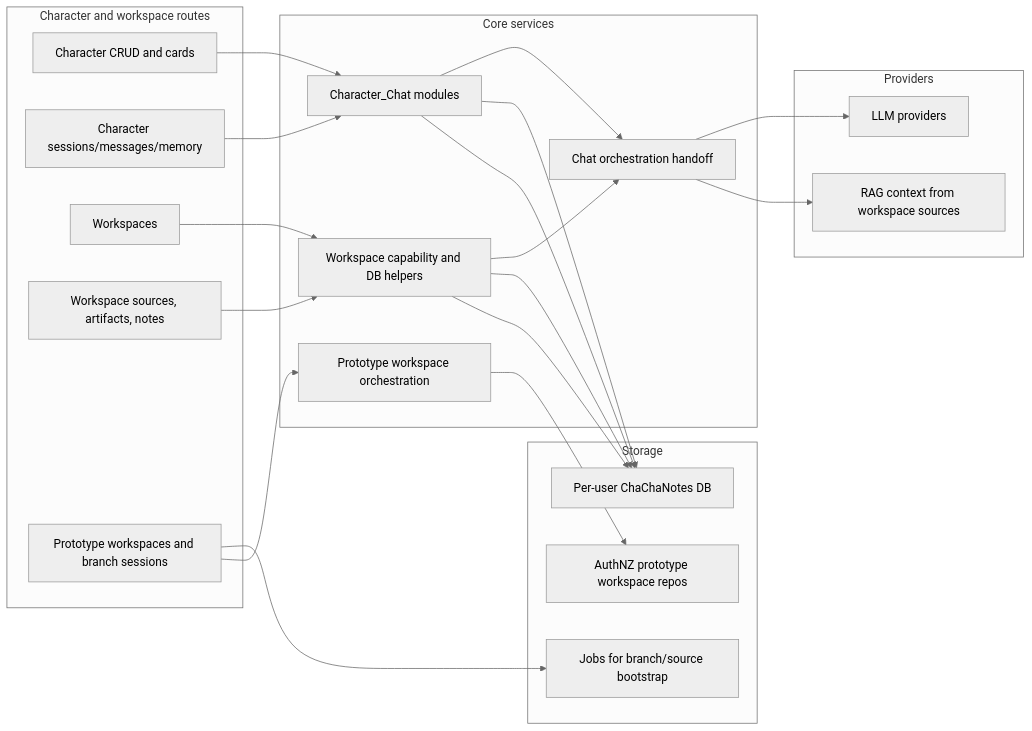
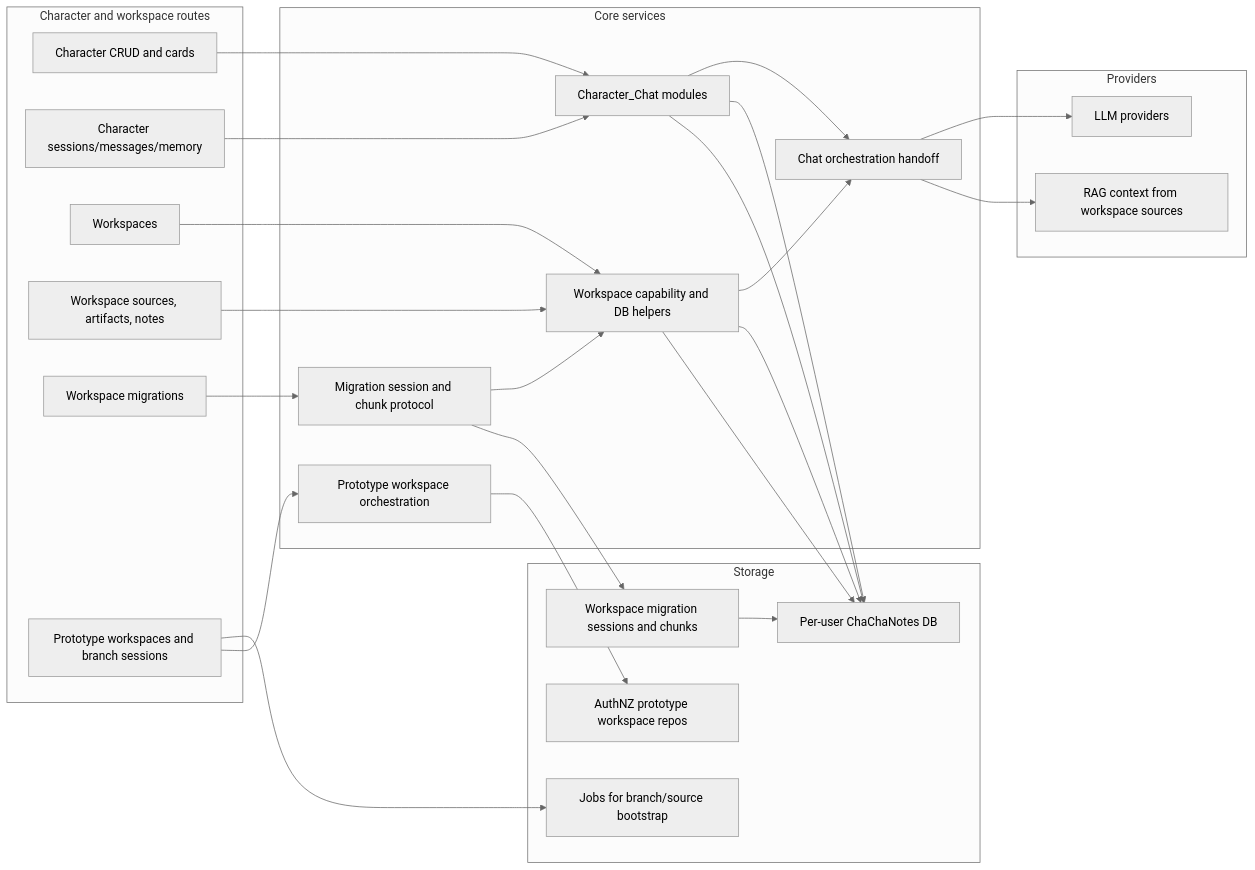
Diagram 19 of 20 in Docs/Code_Documentation/Data_Flow_Atlas.md (rmusser01/tldw_server), drawn with Mermaid (neutral theme) before and after one commit. The commit also changed other lines of this file and 1 other file, not shown here.

Commit message:
docs: add workspace migrations to atlas

````diff
--- a/Docs/Code_Documentation/Data_Flow_Atlas.md
+++ b/Docs/Code_Documentation/Data_Flow_Atlas.md
@@ -1158,39 +1158,44 @@
 ```mermaid
 flowchart LR
     subgraph Routes["Character and workspace routes"]
         Characters[Character CRUD and cards]
         Sessions[Character sessions/messages/memory]
         Workspaces[Workspaces]
         Sources[Workspace sources, artifacts, notes]
+        Migrations[Workspace migrations]
         Prototype[Prototype workspaces and branch sessions]
     end
 
     subgraph Core["Core services"]
         CharCore[Character_Chat modules]
         WorkspaceCore[Workspace capability and DB helpers]
+        MigrationCore[Migration session and chunk protocol]
         ProtoCore[Prototype workspace orchestration]
         ChatHandoff[Chat orchestration handoff]
     end
 
     subgraph Storage
         ChaCha[Per-user ChaChaNotes DB]
+        MigrationTables[Workspace migration sessions and chunks]
         AuthDB[AuthNZ prototype workspace repos]
         Jobs[Jobs for branch/source bootstrap]
     end
 
     subgraph Providers
         LLM[LLM providers]
         RAG[RAG context from workspace sources]
     end
 
     Characters --> CharCore --> ChaCha
     Sessions --> CharCore --> ChaCha
     Workspaces --> WorkspaceCore --> ChaCha
     Sources --> WorkspaceCore --> ChaCha
+    Migrations --> MigrationCore --> MigrationTables --> ChaCha
+    MigrationCore --> WorkspaceCore
     Prototype --> ProtoCore --> AuthDB
     Prototype --> Jobs
     CharCore --> ChatHandoff
     WorkspaceCore --> ChatHandoff
     ChatHandoff --> RAG
     ChatHandoff --> LLM
 ```
````
